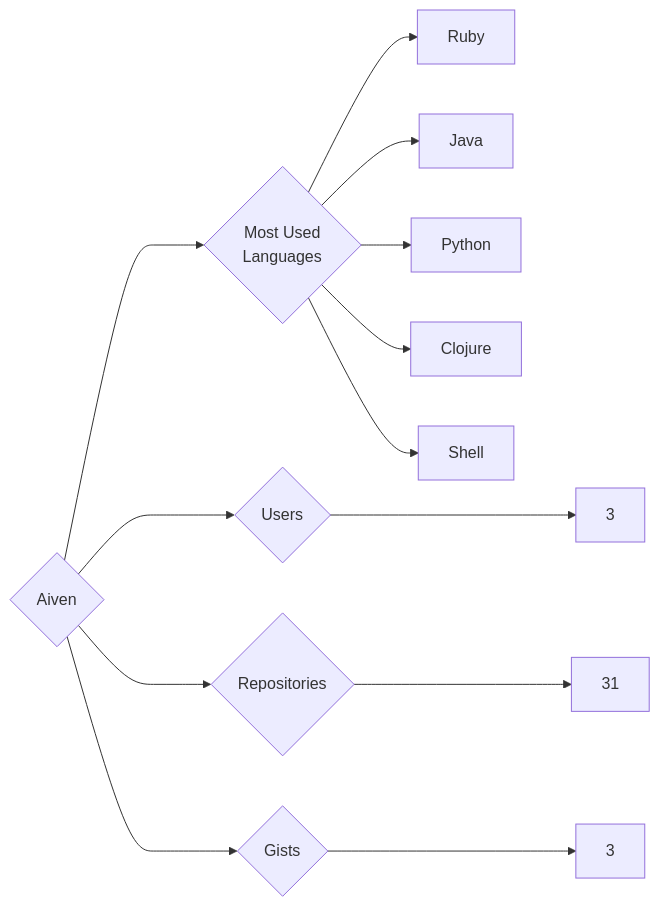
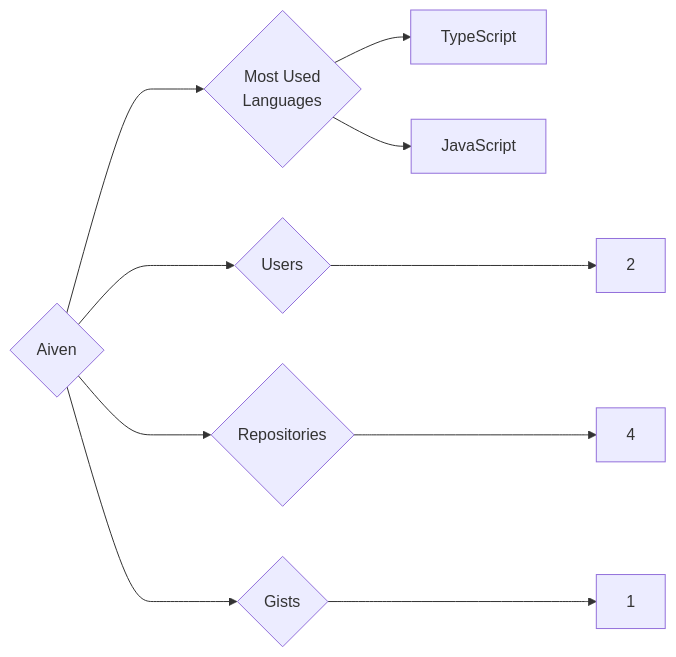
Before and after one commit to trickest/insiders: the diagram in targets/Aiven/README.md, drawn with Mermaid. The commit also changed 993 other files, not shown here.

````diff
--- a/targets/Aiven/README.md
+++ b/targets/Aiven/README.md
@@ -3,13 +3,10 @@
 ```mermaid
 graph LR
 COMPANY_NAME{Aiven}
-COMPANY_NAME ---> U{Users} ---> UN[3]
-COMPANY_NAME ---> R{Repositories} ---> RN[31]
-COMPANY_NAME ---> G{Gists} ---> GN[3]
+COMPANY_NAME ---> U{Users} ---> UN[2]
+COMPANY_NAME ---> R{Repositories} ---> RN[4]
+COMPANY_NAME ---> G{Gists} ---> GN[1]
 COMPANY_NAME ---> ML{Most Used<br>Languages}
-ML --> Ruby[Ruby]
-ML --> Java[Java]
-ML --> Python[Python]
-ML --> Clojure[Clojure]
-ML --> Shell[Shell]
+ML --> TypeScript[TypeScript]
+ML --> JavaScript[JavaScript]
 ```
````
